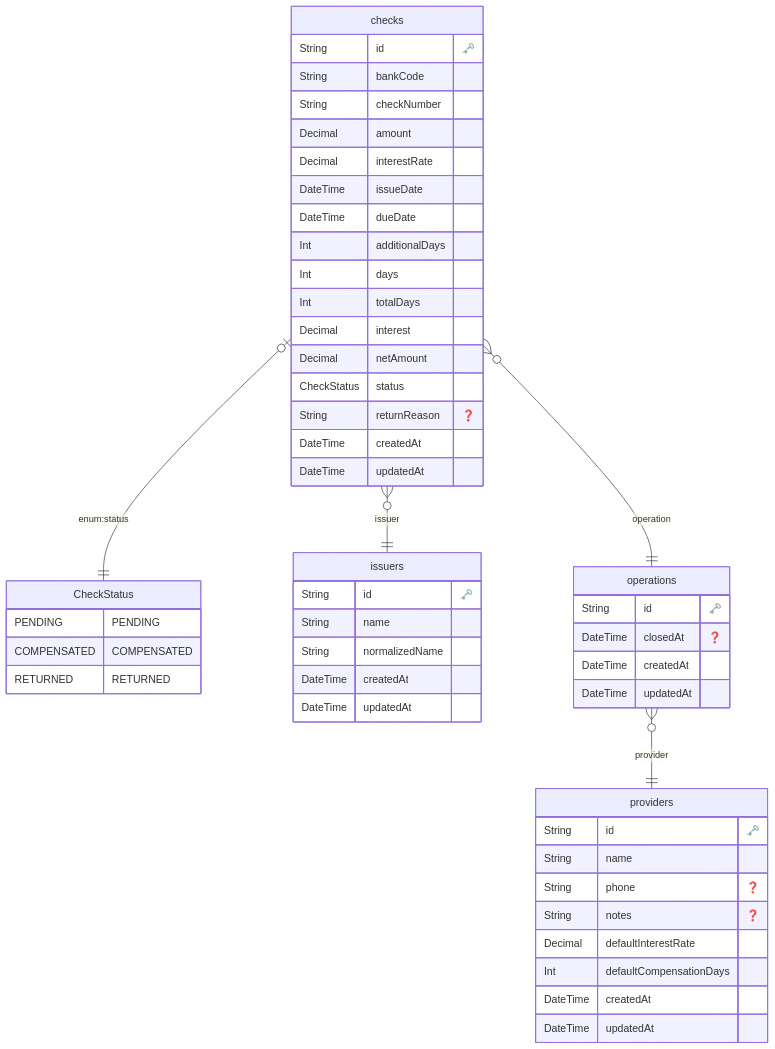
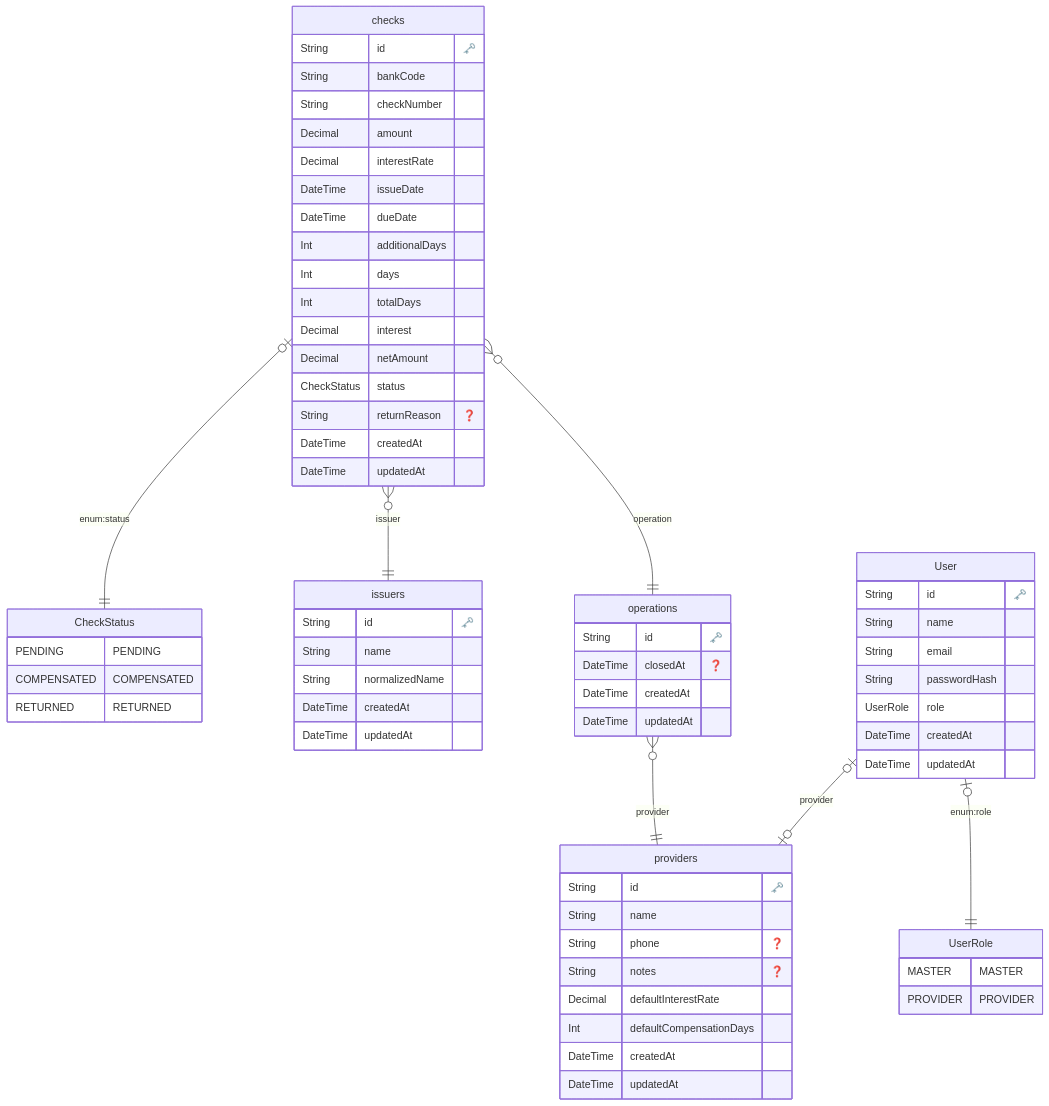
Before and after one commit to erickppn/g-checkflow: the diagram in docs/database/schema.md, drawn with Mermaid. The commit also changed 27 other files, not shown here.

Commit message:
feat(auth): complete authentication flow (api)

````diff
--- a/docs/database/schema.md
+++ b/docs/database/schema.md
@@ -1,62 +1,82 @@
 ```mermaid
 erDiagram
 
         CheckStatus {
             PENDING PENDING
 COMPENSATED COMPENSATED
 RETURNED RETURNED
+        }
+    
+
+
+        UserRole {
+            MASTER MASTER
+PROVIDER PROVIDER
         }
     
   "providers" {
     String id "🗝️"
     String name 
     String phone "❓"
     String notes "❓"
     Decimal defaultInterestRate 
     Int defaultCompensationDays 
     DateTime createdAt 
     DateTime updatedAt 
     }
   
 
   "issuers" {
     String id "🗝️"
     String name 
     String normalizedName 
     DateTime createdAt 
     DateTime updatedAt 
     }
   
 
   "operations" {
     String id "🗝️"
     DateTime closedAt "❓"
     DateTime createdAt 
     DateTime updatedAt 
     }
   
 
   "checks" {
     String id "🗝️"
     String bankCode 
     String checkNumber 
     Decimal amount 
     Decimal interestRate 
     DateTime issueDate 
     DateTime dueDate 
     Int additionalDays 
     Int days 
     Int totalDays 
     Decimal interest 
     Decimal netAmount 
     CheckStatus status 
     String returnReason "❓"
     DateTime createdAt 
     DateTime updatedAt 
     }
   
+
+  "User" {
+    String id "🗝️"
+    String name 
+    String email 
+    String passwordHash 
+    UserRole role 
+    DateTime createdAt 
+    DateTime updatedAt 
+    }
+  
     "operations" }o--|| providers : "provider"
     "checks" }o--|| issuers : "issuer"
     "checks" |o--|| "CheckStatus" : "enum:status"
     "checks" }o--|| operations : "operation"
+    "User" |o--|| "UserRole" : "enum:role"
+    "User" |o--|o providers : "provider"
 ```
````
